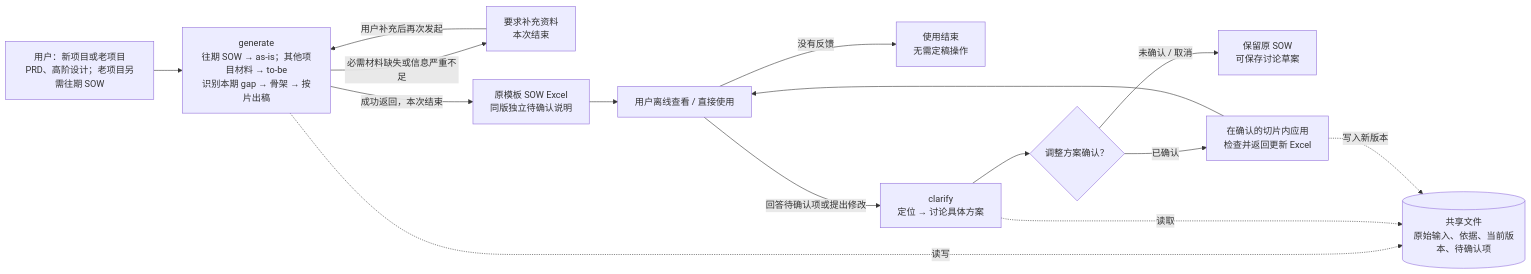
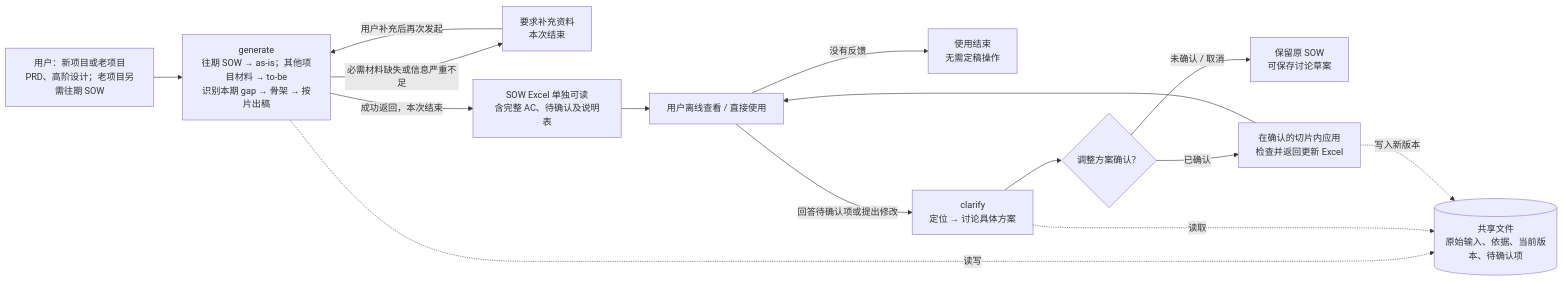
The diagram in plugins/ai-sow-lite/docs/design/README.md (InspireChina/ai-plugin-marketplace), drawn with Mermaid before and after one commit. The commit also changed other lines of this file and 35 other files, not shown here.

Commit message:
fix(ai-sow-lite): make SOW Excel self-contained

````diff
--- a/plugins/ai-sow-lite/docs/design/README.md
+++ b/plugins/ai-sow-lite/docs/design/README.md
@@ -20,17 +22,17 @@
 ```mermaid
 flowchart LR
     U["用户：新项目或老项目<br/>PRD、高阶设计；老项目另需往期 SOW"] --> G["generate<br/>往期 SOW → as-is；其他项目材料 → to-be<br/>识别本期 gap → 骨架 → 按片出稿"]
     G -->|必需材料缺失或信息严重不足| N["要求补充资料<br/>本次结束"]
     N -->|用户补充后再次发起| G
-    G -->|成功返回，本次结束| X["原模板 SOW Excel<br/>同版独立待确认说明"]
+    G -->|成功返回，本次结束| X["SOW Excel 单独可读<br/>含完整 AC、待确认及说明表"]
     X --> R["用户离线查看 / 直接使用"]
     R -->|没有反馈| E["使用结束<br/>无需定稿操作"]
     R -->|回答待确认项或提出修改| C["clarify<br/>定位 → 讨论具体方案"]
     C --> P{"调整方案确认？"}
     P -->|未确认 / 取消| K["保留原 SOW<br/>可保存讨论草案"]
     P -->|已确认| A["在确认的切片内应用<br/>检查并返回更新 Excel"]
     A --> R
     G -.读写.-> F[("共享文件<br/>原始输入、依据、当前版本、待确认项")]
     C -.读取.-> F
     A -.写入新版本.-> F
 ```
````
